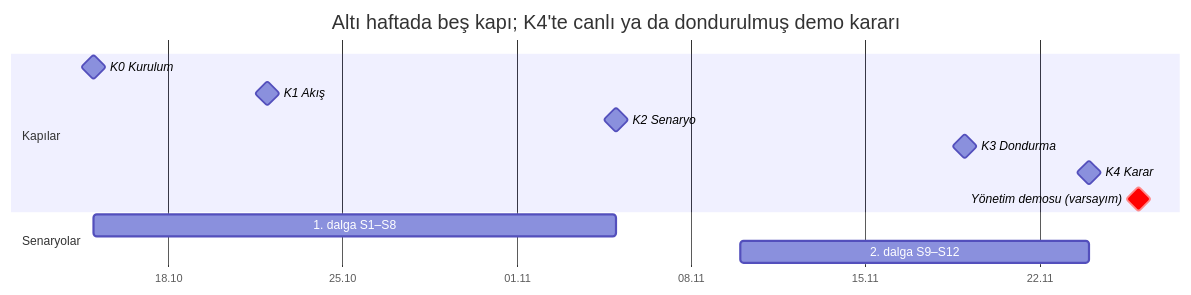
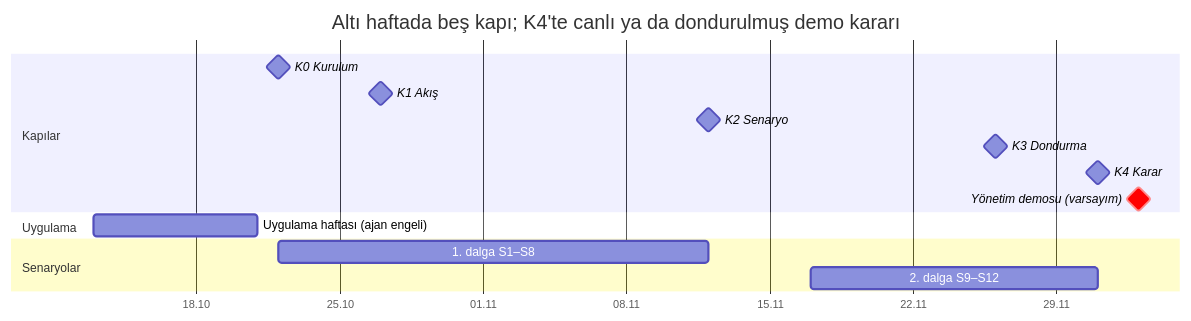
Before and after one commit to kaannsckin/pmasistance_mks: the second of 2 diagrams in docs/pilot/PILOT_NOTU.md, drawn with Mermaid. The commit also changed other lines of this file and 9 other files, not shown here.

First line of the commit message:
Pilot takvimi bir hafta kaydırıldı; 13–20 Ekim uygulama haftası

````diff
--- a/docs/pilot/PILOT_NOTU.md
+++ b/docs/pilot/PILOT_NOTU.md
@@ -135,16 +137,18 @@
 ```mermaid
 gantt
     title Altı haftada beş kapı; K4'te canlı ya da dondurulmuş demo kararı
     dateFormat YYYY-MM-DD
     axisFormat %d.%m
     section Kapılar
-    K0 Kurulum            :milestone, 2026-10-15, 0d
-    K1 Akış               :milestone, 2026-10-22, 0d
-    K2 Senaryo            :milestone, 2026-11-05, 0d
-    K3 Dondurma           :milestone, 2026-11-19, 0d
-    K4 Karar              :milestone, 2026-11-24, 0d
-    Yönetim demosu (varsayım) :crit, milestone, 2026-11-26, 0d
+    K0 Kurulum            :milestone, 2026-10-22, 0d
+    K1 Akış               :milestone, 2026-10-27, 0d
+    K2 Senaryo            :milestone, 2026-11-12, 0d
+    K3 Dondurma           :milestone, 2026-11-26, 0d
+    K4 Karar              :milestone, 2026-12-01, 0d
+    Yönetim demosu (varsayım) :crit, milestone, 2026-12-03, 0d
+    section Uygulama
+    Uygulama haftası (ajan engeli) :2026-10-13, 2026-10-21
     section Senaryolar
-    1. dalga S1–S8        :2026-10-15, 2026-11-05
-    2. dalga S9–S12       :2026-11-10, 2026-11-24
+    1. dalga S1–S8        :2026-10-22, 2026-11-12
+    2. dalga S9–S12       :2026-11-17, 2026-12-01
 ```
````
